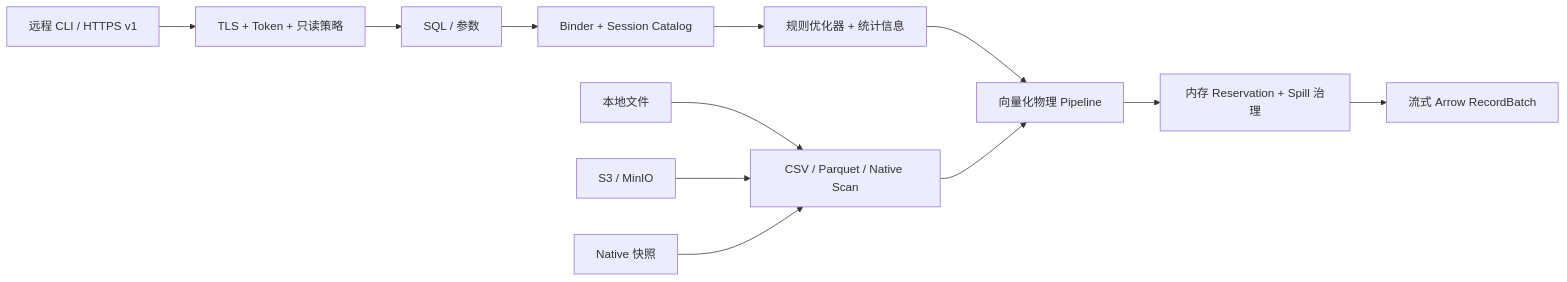
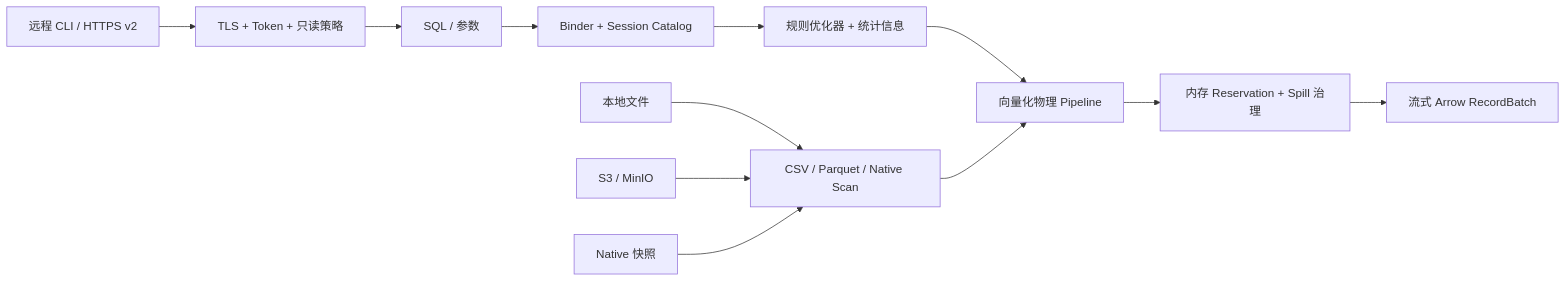
The diagram in README.zh-CN.md (SamuelSupe/RustDB), drawn with Mermaid before and after one commit. The commit also changed other lines of this file and 130 other files, not shown here.

````diff
--- a/README.zh-CN.md
+++ b/README.zh-CN.md
@@ -313,14 +319,14 @@
 ```mermaid
 flowchart LR
-    Remote["远程 CLI / HTTPS v1"] --> Guard["TLS + Token + 只读策略"]
+    Remote["远程 CLI / HTTPS v2"] --> Guard["TLS + Token + 只读策略"]
     Guard --> SQL["SQL / 参数"]
     SQL --> Binder["Binder + Session Catalog"]
     Binder --> Optimizer["规则优化器 + 统计信息"]
     Optimizer --> Pipelines["向量化物理 Pipeline"]
     Local["本地文件"] --> Scan["CSV / Parquet / Native Scan"]
     S3["S3 / MinIO"] --> Scan
     Native["Native 快照"] --> Scan
     Scan --> Pipelines
     Pipelines --> Memory["内存 Reservation + Spill 治理"]
     Memory --> Arrow["流式 Arrow RecordBatch"]
 ```
````
